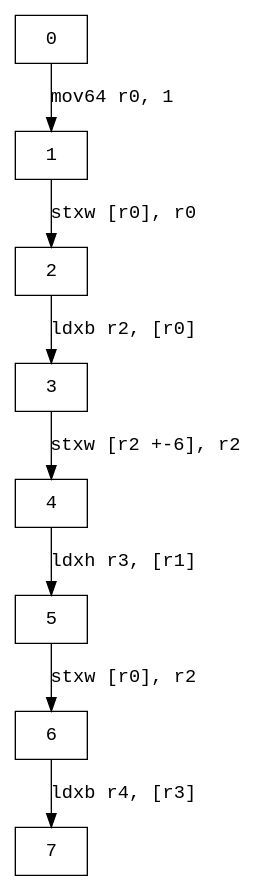
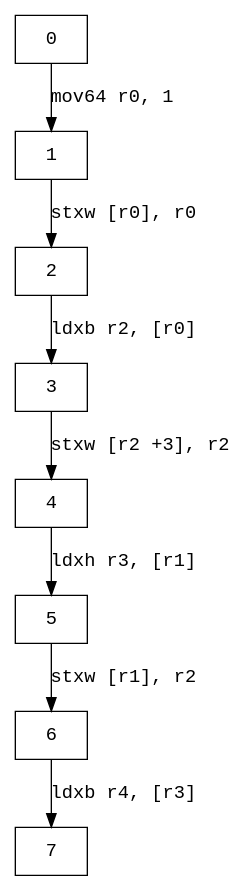
The diagram in examples/graphs/loadFromReg.dot (XicoCorreia/Information-Flow-Analysis-Thesis), drawn with Graphviz before and after one commit. The commit also changed 16 other files, not shown here.

```diff
--- a/examples/graphs/loadFromReg.dot
+++ b/examples/graphs/loadFromReg.dot
@@ -1,12 +1,12 @@
 digraph cfg { 
 node [fontname="monospace"];
 node [shape=box];
 edge [fontname="monospace"];
   0 -> 1 [label="mov64 r0, 1"];
   1 -> 2 [label="stxw [r0], r0"];
   2 -> 3 [label="ldxb r2, [r0]"];
-  3 -> 4 [label="stxw [r2 +-6], r2"];
+  3 -> 4 [label="stxw [r2 +3], r2"];
   4 -> 5 [label="ldxh r3, [r1]"];
-  5 -> 6 [label="stxw [r0], r2"];
+  5 -> 6 [label="stxw [r1], r2"];
   6 -> 7 [label="ldxb r4, [r3]"];
 }
```
